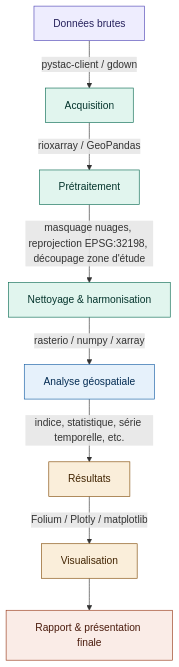
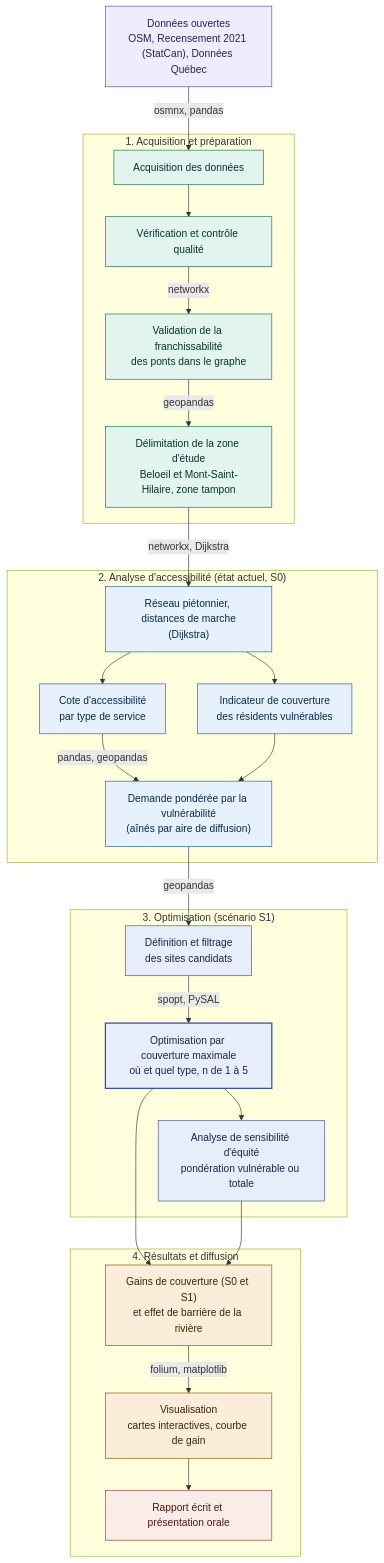
Before and after one commit to girm8601/GMQ580_PS_MGiraldeau: the diagram in README.md, drawn with Mermaid. The commit also changed other lines of this file and 2 other files, not shown here.

Commit message:
docs: add project README and pipeline diagram

````diff
--- a/README.md
+++ b/README.md
@@ -33,19 +41,63 @@
 ```mermaid
 flowchart TD
-    A[Données brutes] -->|pystac-client / gdown| B[Acquisition]
-    B -->|rioxarray / GeoPandas| C[Prétraitement]
-    C -->|masquage nuages, reprojection EPSG:32198, découpage zone d'étude| D[Nettoyage & harmonisation]
-    D -->|rasterio / numpy / xarray| E[Analyse géospatiale]
-    E -->|indice, statistique, série temporelle, etc.| F[Résultats]
-    F -->|Folium / Plotly / matplotlib| G[Visualisation]
-    G --> H[Rapport & présentation finale]
+    A["Données ouvertes<br/>OSM, Recensement 2021 (StatCan), Données Québec"]
+
+    subgraph P1["1. Acquisition et préparation"]
+        B["Acquisition des données"]
+        C["Vérification et contrôle qualité"]
+        D["Validation de la franchissabilité<br/>des ponts dans le graphe"]
+        E["Délimitation de la zone d'étude<br/>Beloeil et Mont-Saint-Hilaire, zone tampon"]
+    end
+
+    subgraph P2["2. Analyse d'accessibilité (état actuel, S0)"]
+        F["Réseau piétonnier, distances de marche<br/>(Dijkstra)"]
+        G["Cote d'accessibilité<br/>par type de service"]
+        H["Indicateur de couverture<br/>des résidents vulnérables"]
+        I["Demande pondérée par la vulnérabilité<br/>(aînés par aire de diffusion)"]
+    end
+
+    subgraph P3["3. Optimisation (scénario S1)"]
+        J["Définition et filtrage<br/>des sites candidats"]
+        K["Optimisation par couverture maximale<br/>où et quel type, n de 1 à 5"]
+        L["Analyse de sensibilité d'équité<br/>pondération vulnérable ou totale"]
+    end
+
+    subgraph P4["4. Résultats et diffusion"]
+        M["Gains de couverture (S0 et S1)<br/>et effet de barrière de la rivière"]
+        N["Visualisation<br/>cartes interactives, courbe de gain"]
+        O["Rapport écrit et présentation orale"]
+    end
+
+    A -->|"osmnx, pandas"| B
+    B --> C
+    C -->|"networkx"| D
+    D -->|"geopandas"| E
+    E -->|"networkx, Dijkstra"| F
+    F --> G
+    F --> H
+    G -->|"pandas, geopandas"| I
+    H --> I
+    I -->|"geopandas"| J
+    J -->|"spopt, PySAL"| K
+    K --> L
+    K --> M
+    L --> M
+    M -->|"folium, matplotlib"| N
+    N --> O
 
     style A fill:#EEEDFE,stroke:#534AB7,color:#26215C
     style B fill:#E1F5EE,stroke:#0F6E56,color:#04342C
     style C fill:#E1F5EE,stroke:#0F6E56,color:#04342C
     style D fill:#E1F5EE,stroke:#0F6E56,color:#04342C
-    style E fill:#E6F1FB,stroke:#185FA5,color:#042C53
-    style F fill:#FAEEDA,stroke:#854F0B,color:#412402
-    style G fill:#FAEEDA,stroke:#854F0B,color:#412402
-    style H fill:#FAECE7,stroke:#993C1D,color:#4A1B0C
+    style E fill:#E1F5EE,stroke:#0F6E56,color:#04342C
+    style F fill:#E6F1FB,stroke:#185FA5,color:#042C53
+    style G fill:#E6F1FB,stroke:#185FA5,color:#042C53
+    style H fill:#E6F1FB,stroke:#185FA5,color:#042C53
+    style I fill:#E6F1FB,stroke:#185FA5,color:#042C53
+    style J fill:#E8EEF9,stroke:#3B53A4,color:#1B244F
+    style K fill:#E8EEF9,stroke:#3B53A4,color:#1B244F,stroke-width:2px
+    style L fill:#E8EEF9,stroke:#3B53A4,color:#1B244F
+    style M fill:#FAEEDA,stroke:#854F0B,color:#412402
+    style N fill:#FAEEDA,stroke:#854F0B,color:#412402
+    style O fill:#FAECE7,stroke:#993C1D,color:#4A1B0C
 ```
````
